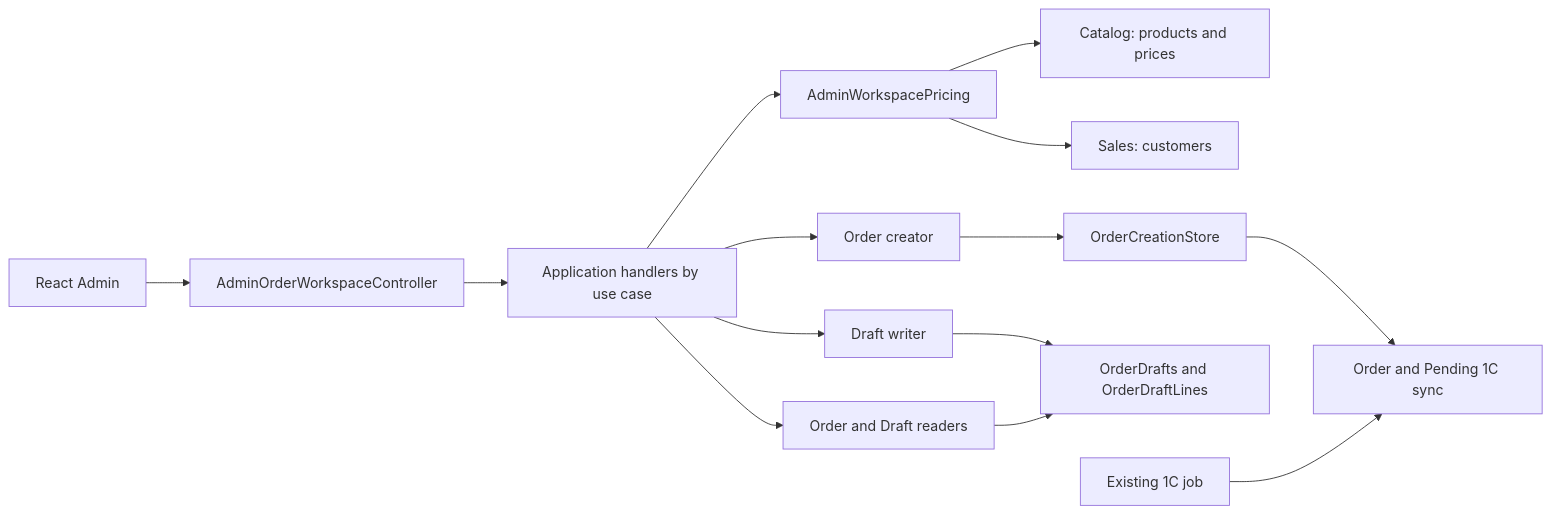
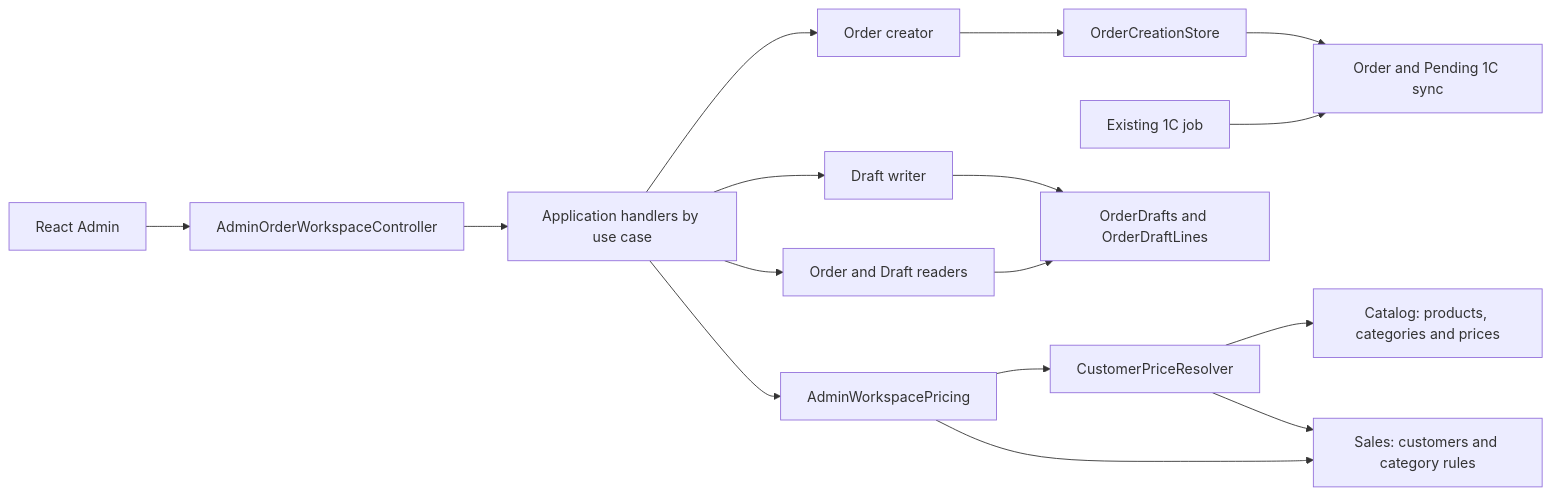
The diagram in docs/sdd/features/sales/admin-order-workspace.md (Weretik/KedrStore), drawn with Mermaid before and after one commit. The commit also changed other lines of this file and 32 other files, not shown here.

First line of the commit message:
Sales: customer prices and per-unit discount/markup in the admin order workspace (#142)

````diff
--- a/docs/sdd/features/sales/admin-order-workspace.md
+++ b/docs/sdd/features/sales/admin-order-workspace.md
@@ -11,16 +11,18 @@
 ```mermaid
 flowchart LR
     Admin[React Admin] --> Controller[AdminOrderWorkspaceController]
     Controller --> Handlers[Application handlers by use case]
     Handlers --> Readers[Order and Draft readers]
     Handlers --> Creator[Order creator]
     Handlers --> DraftWriter[Draft writer]
     Handlers --> Pricing[AdminWorkspacePricing]
-    Pricing --> Catalog[Catalog: products and prices]
-    Pricing --> Customers[Sales: customers]
+    Pricing --> Resolver[CustomerPriceResolver]
+    Resolver --> Catalog[Catalog: products, categories and prices]
+    Resolver --> Customers
+    Pricing --> Customers[Sales: customers and category rules]
     Creator --> Orders[OrderCreationStore]
     Orders --> Order[Order and Pending 1C sync]
     DraftWriter --> DraftTables[OrderDrafts and OrderDraftLines]
     Readers --> DraftTables
     Sync[Existing 1C job] --> Order
 ```
````
